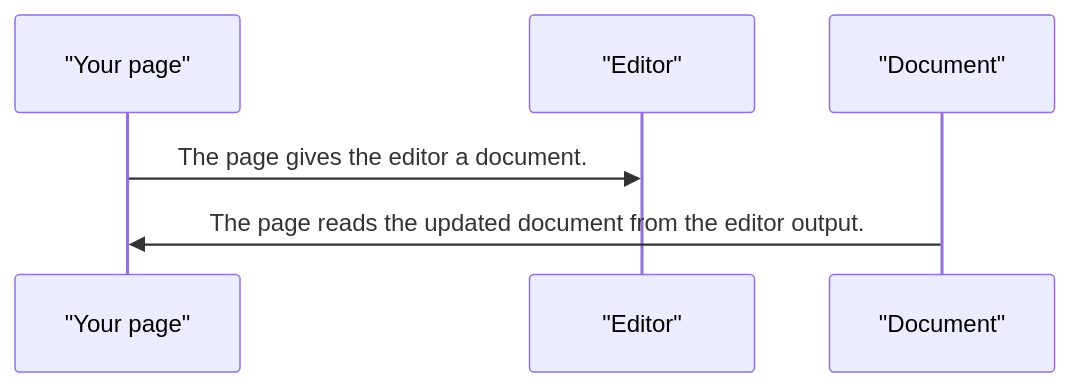
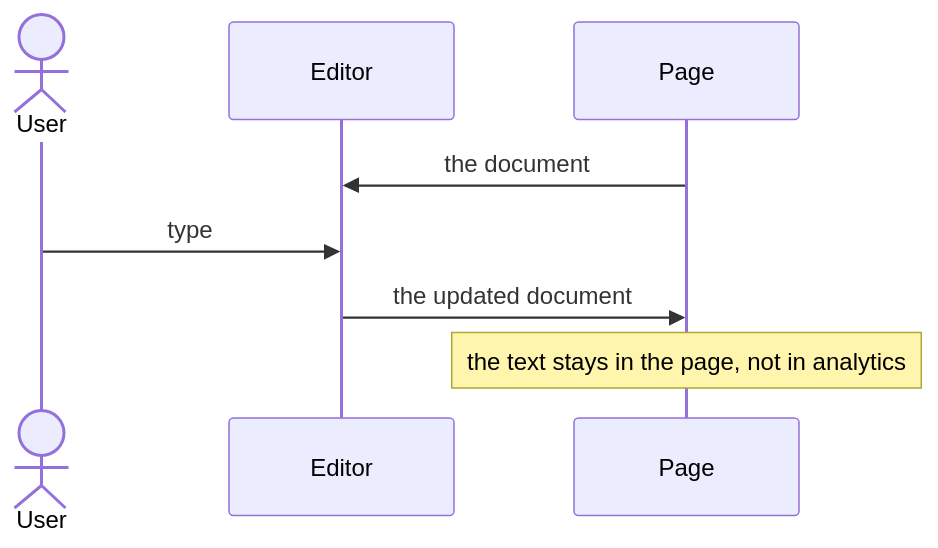
The second of 3 diagrams in projects/pixel-ui/src/lib/pixel-editor/DESIGN.md (RajshekharBorate/pixel-ui), drawn with Mermaid before and after one commit. The commit also changed other lines of this file and 73 other files, not shown here.

Commit message:
Explain who owns each value and what each flow does in every component and service design.

````diff
--- a/projects/pixel-ui/src/lib/pixel-editor/DESIGN.md
+++ b/projects/pixel-ui/src/lib/pixel-editor/DESIGN.md
@@ -46,8 +59,10 @@
 ```mermaid
 sequenceDiagram
-  participant page as "Your page"
-  participant editor as "Editor"
-  participant doc as "Document"
-  page->>editor: The page gives the editor a document.
-  doc->>page: The page reads the updated document from the editor output.
+  actor User
+  participant Editor
+  participant Page
+  Page->>Editor: the document
+  User->>Editor: type
+  Editor->>Page: the updated document
+  Note over Page: the text stays in the page, not in analytics
 ```
````
